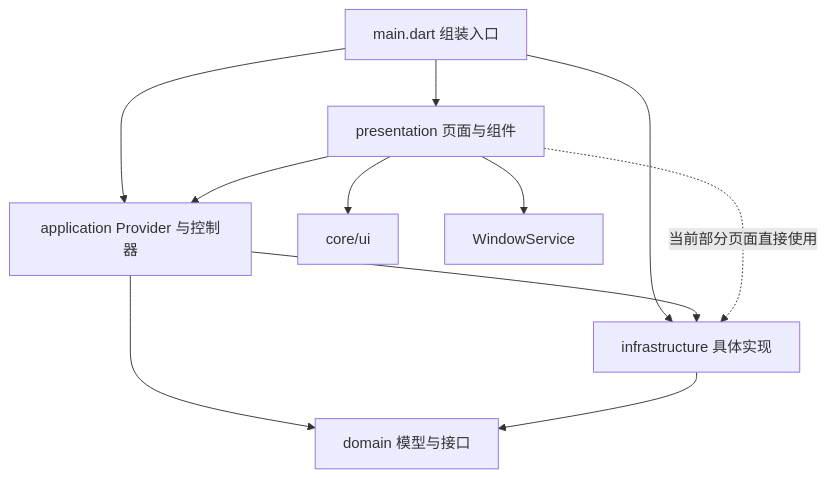
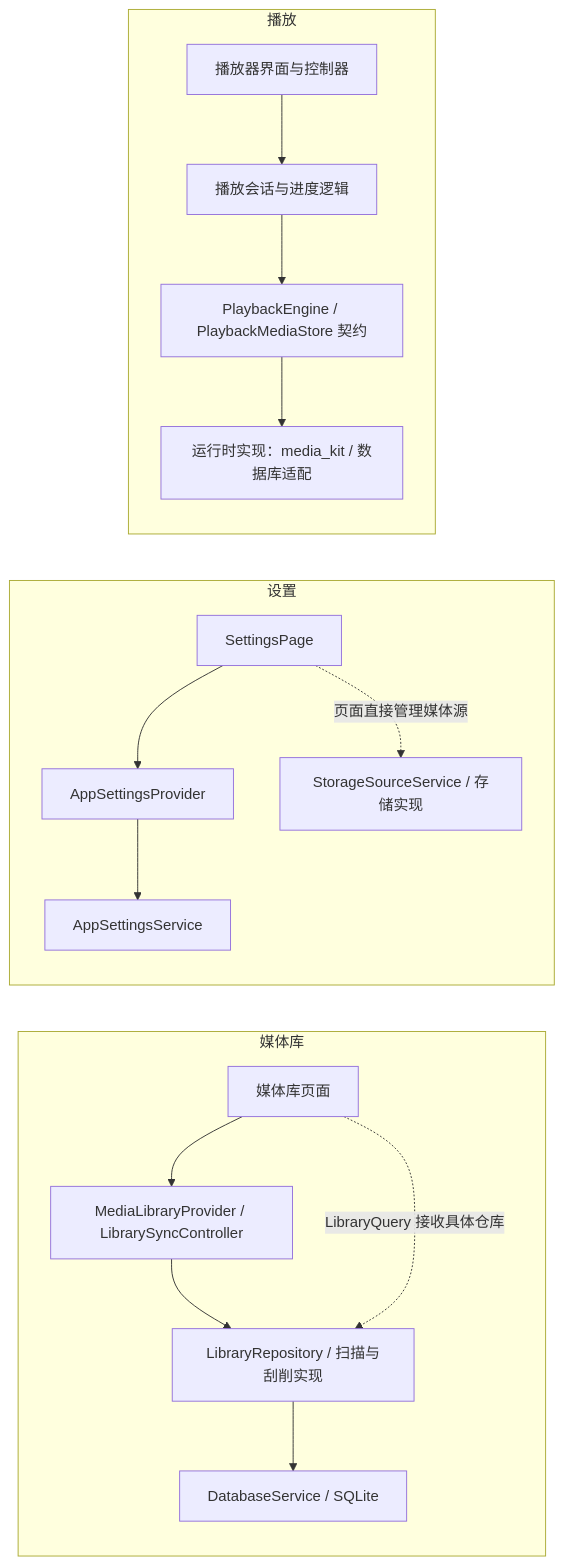
Before and after one commit to sen-to/mochi_player: the third of 4 diagrams in docs/architecture/overview.md, drawn with Mermaid. The commit also changed other lines of this file and 1 other file, not shown here.

First line of the commit message:
docs(architecture): 更新并完善项目架构文档

````diff
--- a/docs/architecture/overview.md
+++ b/docs/architecture/overview.md
@@ -40,13 +70,19 @@
 ```mermaid
-flowchart TD
-  Root["main.dart 组装入口"] --> P["presentation 页面与组件"]
-  Root --> A["application Provider 与控制器"]
-  Root --> I["infrastructure 具体实现"]
-  P --> A
-  A --> D["domain 模型与接口"]
-  I --> D
-  A --> I
-  P -. "当前部分页面直接使用" .-> I
-  P --> UI["core/ui"]
-  P --> W["WindowService"]
+flowchart LR
+  subgraph LibraryPath["媒体库"]
+    LibraryPage["媒体库页面"] --> LibraryApp["MediaLibraryProvider / LibrarySyncController"]
+    LibraryApp --> Repository["LibraryRepository / 扫描与刮削实现"]
+    Repository --> Database["DatabaseService / SQLite"]
+    LibraryPage -. "LibraryQuery 接收具体仓库" .-> Repository
+  end
+  subgraph SettingsPath["设置"]
+    SettingsPage["SettingsPage"] --> SettingsApp["AppSettingsProvider"]
+    SettingsApp --> Preferences["AppSettingsService"]
+    SettingsPage -. "页面直接管理媒体源" .-> Storage["StorageSourceService / 存储实现"]
+  end
+  subgraph PlaybackPath["播放"]
+    Player["播放器界面与控制器"] --> Session["播放会话与进度逻辑"]
+    Session --> Contract["PlaybackEngine / PlaybackMediaStore 契约"]
+    Contract --> Backend["运行时实现：media_kit / 数据库适配"]
+  end
 ```
````
